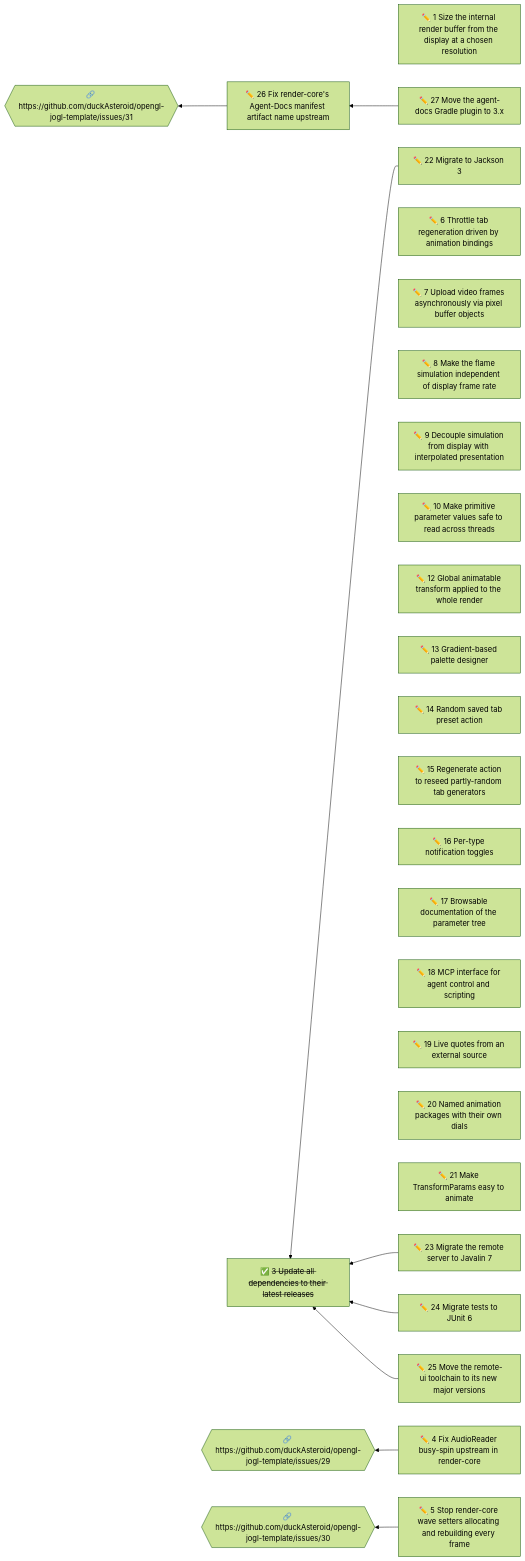
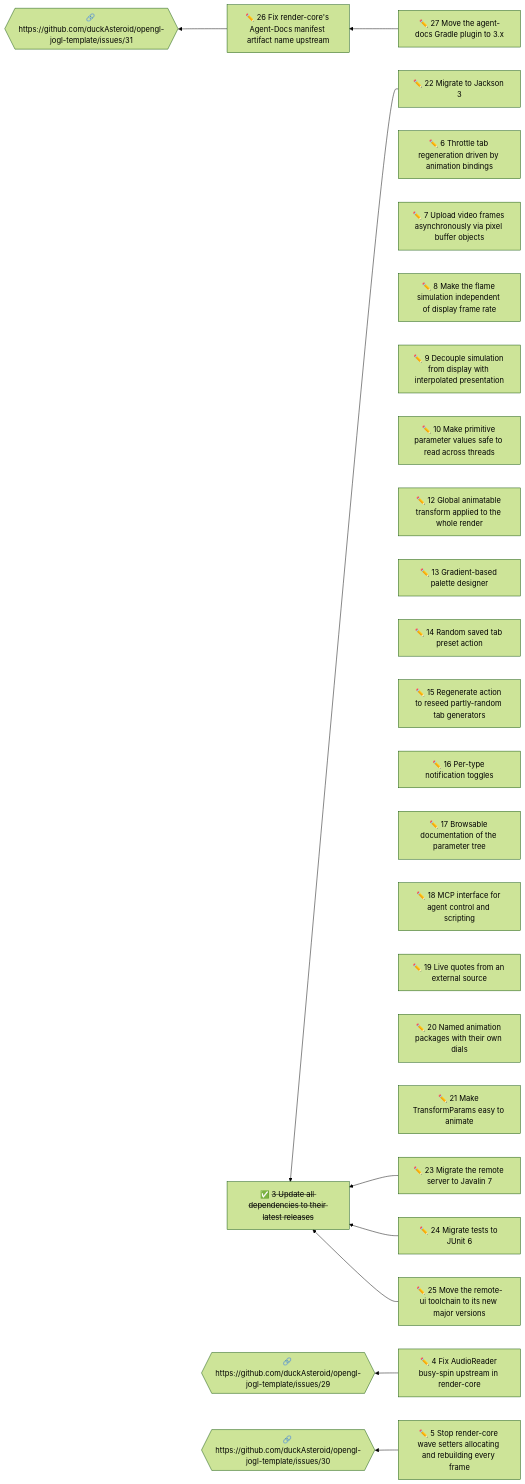
One commit to duckAsteroid/cthugha-reborn changed the diagram in docs/initiatives/README.md. Above: the diagram before and after it, drawn with Mermaid (forest theme). The commit also changed other lines of this file and 1 other file, not shown here.

````diff
--- a/docs/initiatives/README.md
+++ b/docs/initiatives/README.md
@@ -57,67 +56,65 @@
 ```mermaid
 flowchart RL
-  n1["✏️ 1 Size the internal render buffer from the display at a chosen resolution"]
   n4["✏️ 4 Fix AudioReader busy-spin upstream in render-core"]
   n5["✏️ 5 Stop render-core wave setters allocating and rebuilding every frame"]
   n6["✏️ 6 Throttle tab regeneration driven by animation bindings"]
   n7["✏️ 7 Upload video frames asynchronously via pixel buffer objects"]
   n8["✏️ 8 Make the flame simulation independent of display frame rate"]
   n9["✏️ 9 Decouple simulation from display with interpolated presentation"]
   n10["✏️ 10 Make primitive parameter values safe to read across threads"]
   n12["✏️ 12 Global animatable transform applied to the whole render"]
   n13["✏️ 13 Gradient-based palette designer"]
   n14["✏️ 14 Random saved tab preset action"]
   n15["✏️ 15 Regenerate action to reseed partly-random tab generators"]
   n16["✏️ 16 Per-type notification toggles"]
   n17["✏️ 17 Browsable documentation of the parameter tree"]
   n18["✏️ 18 MCP interface for agent control and scripting"]
   n19["✏️ 19 Live quotes from an external source"]
   n20["✏️ 20 Named animation packages with their own dials"]
   n21["✏️ 21 Make TransformParams easy to animate"]
   n22["✏️ 22 Migrate to Jackson 3"]
   n23["✏️ 23 Migrate the remote server to Javalin 7"]
   n24["✏️ 24 Migrate tests to JUnit 6"]
   n25["✏️ 25 Move the remote-ui toolchain to its new major versions"]
   n26["✏️ 26 Fix render-core's Agent-Docs manifest artifact name upstream"]
   n27["✏️ 27 Move the agent-docs Gradle plugin to 3.x"]
   n3["✅ <s>3 Update all dependencies to their latest releases</s>"]
   x1{{"🔗 https://github.com/duckAsteroid/opengl-jogl-template/issues/29"}}
   x2{{"🔗 https://github.com/duckAsteroid/opengl-jogl-template/issues/30"}}
   x3{{"🔗 https://github.com/duckAsteroid/opengl-jogl-template/issues/31"}}
   n4 --> x1
   n5 --> x2
   n22 --> n3
   n23 --> n3
   n24 --> n3
   n25 --> n3
   n26 --> x3
   n27 --> n26
-  click n1 href "01-cap-the-internal-render-resolution-at-high-window-sizes.md"
   click n4 href "04-fix-audioreader-busy-spin-upstream-in-render-core.md"
   click n5 href "05-stop-render-core-wave-setters-allocating-and-rebuilding-ever.md"
   click n6 href "06-throttle-tab-regeneration-driven-by-animation-bindings.md"
   click n7 href "07-upload-video-frames-asynchronously-via-pixel-buffer-objects.md"
   click n8 href "08-make-the-flame-simulation-independent-of-display-frame-rate.md"
   click n9 href "09-decouple-simulation-from-display-with-interpolated-presentat.md"
   click n10 href "10-make-primitive-parameter-values-safe-to-read-across-threads.md"
   click n12 href "12-global-animatable-transform-applied-to-the-whole-render.md"
   click n13 href "13-gradient-based-palette-designer.md"
   click n14 href "14-random-saved-tab-preset-action.md"
   click n15 href "15-regenerate-action-to-reseed-partly-random-tab-generators.md"
   click n16 href "16-per-type-notification-toggles.md"
   click n17 href "17-browsable-documentation-of-the-parameter-tree.md"
   click n18 href "18-mcp-interface-for-agent-control-and-scripting.md"
   click n19 href "19-live-quotes-from-an-external-source.md"
   click n20 href "20-named-animation-packages-with-their-own-dials.md"
   click n21 href "21-make-transformparams-easy-to-animate.md"
   click n22 href "22-migrate-to-jackson-3.md"
   click n23 href "23-migrate-the-remote-server-to-javalin-7.md"
   click n24 href "24-migrate-tests-to-junit-6.md"
   click n25 href "25-move-the-remote-ui-toolchain-to-its-new-major-versions.md"
   click n26 href "26-fix-render-core-s-agent-docs-manifest-artifact-name-upstream.md"
   click n27 href "27-move-the-agent-docs-gradle-plugin-to-3-x.md"
   click n3 href "03-update-all-dependencies-to-their-latest-releases.md"
   click x1 href "https://github.com/duckAsteroid/opengl-jogl-template/issues/29"
   click x2 href "https://github.com/duckAsteroid/opengl-jogl-template/issues/30"
   click x3 href "https://github.com/duckAsteroid/opengl-jogl-template/issues/31"
 ```
````
